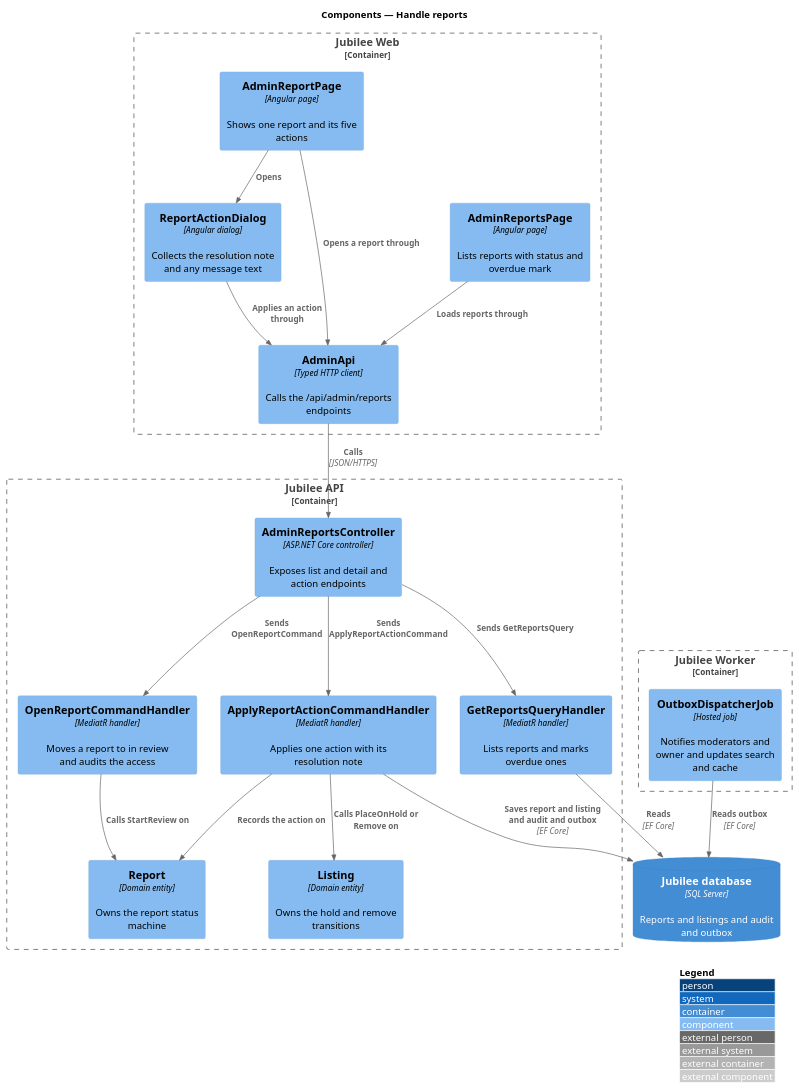
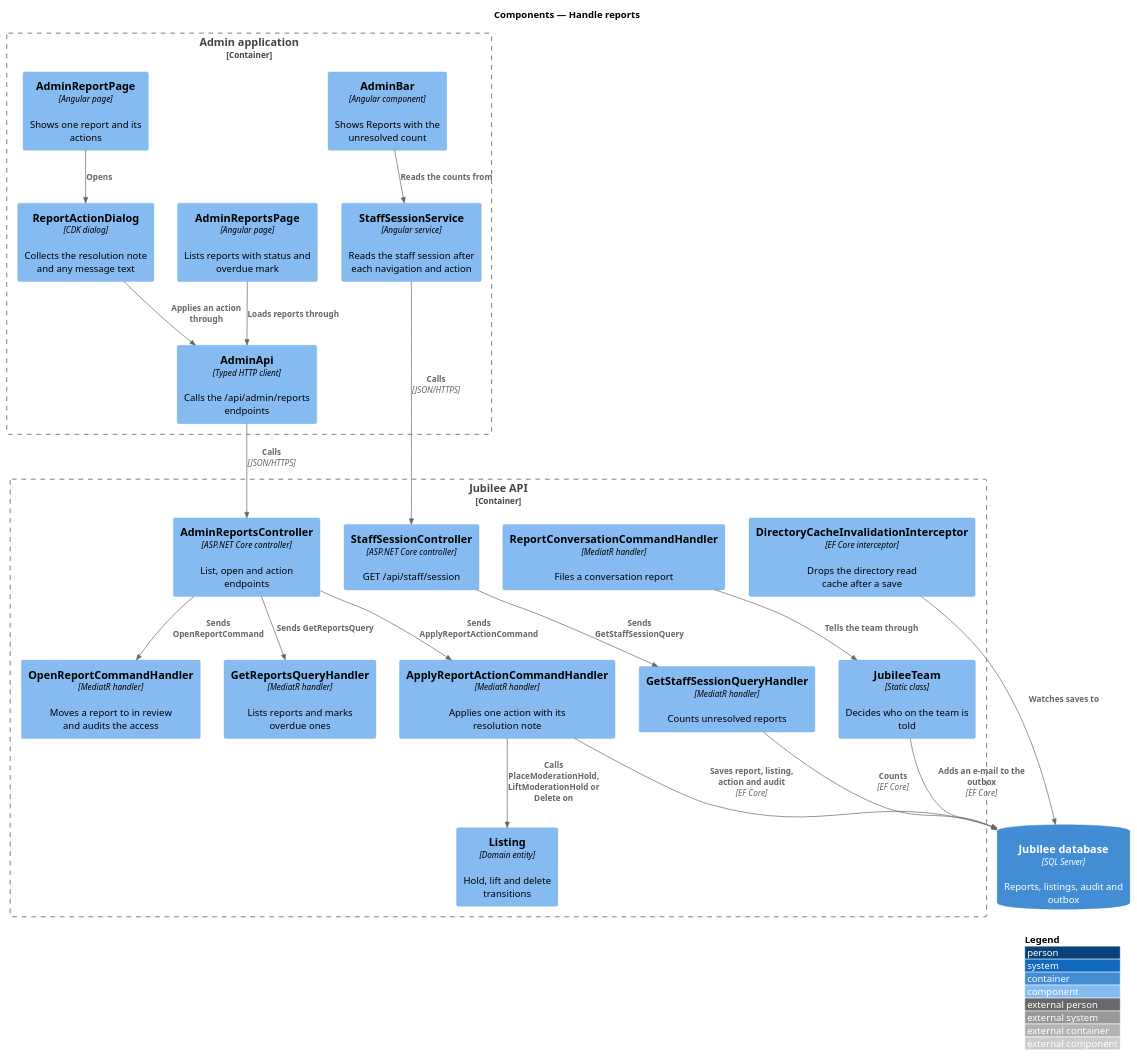
One commit to QuinntyneBrown/jubilee changed the diagram in docs/detailed-designs/moderation/handle-reports/diagrams/c4-component.puml. Above: the diagram before and after it, drawn with PlantUML. The commit also changed 27 other files, not shown here.

First line of the commit message:
Journey 25: requirements, ADR 0058 and designs for the report notice, the admin bar count and the public bound

```diff
--- a/docs/detailed-designs/moderation/handle-reports/diagrams/c4-component.puml
+++ b/docs/detailed-designs/moderation/handle-reports/diagrams/c4-component.puml
@@ -1,38 +1,43 @@
 @startuml
 !include <C4/C4_Component>
 LAYOUT_WITH_LEGEND()
 title Components — Handle reports
-Container_Boundary(web, "Jubilee Web") {
+Container_Boundary(web, "Admin application") {
+  Component(bar, "AdminBar", "Angular component", "Shows Reports with the unresolved count")
+  Component(session, "StaffSessionService", "Angular service", "Reads the staff session after each navigation and action")
   Component(list, "AdminReportsPage", "Angular page", "Lists reports with status and overdue mark")
-  Component(detail, "AdminReportPage", "Angular page", "Shows one report and its five actions")
-  Component(dialog, "ReportActionDialog", "Angular dialog", "Collects the resolution note and any message text")
+  Component(detail, "AdminReportPage", "Angular page", "Shows one report and its actions")
+  Component(dialog, "ReportActionDialog", "CDK dialog", "Collects the resolution note and any message text")
   Component(client, "AdminApi", "Typed HTTP client", "Calls the /api/admin/reports endpoints")
 }
 Container_Boundary(api, "Jubilee API") {
-  Component(ctrl, "AdminReportsController", "ASP.NET Core controller", "Exposes list and detail and action endpoints")
+  Component(ctrl, "AdminReportsController", "ASP.NET Core controller", "List, open and action endpoints")
+  Component(sctrl, "StaffSessionController", "ASP.NET Core controller", "GET /api/staff/session")
+  Component(sh, "GetStaffSessionQueryHandler", "MediatR handler", "Counts unresolved reports")
+  Component(rh, "ReportConversationCommandHandler", "MediatR handler", "Files a conversation report")
+  Component(team, "JubileeTeam", "Static class", "Decides who on the team is told")
   Component(lh, "GetReportsQueryHandler", "MediatR handler", "Lists reports and marks overdue ones")
   Component(oh, "OpenReportCommandHandler", "MediatR handler", "Moves a report to in review and audits the access")
   Component(ah, "ApplyReportActionCommandHandler", "MediatR handler", "Applies one action with its resolution note")
-  Component(report, "Report", "Domain entity", "Owns the report status machine")
-  Component(listing, "Listing", "Domain entity", "Owns the hold and remove transitions")
+  Component(listing, "Listing", "Domain entity", "Hold, lift and delete transitions")
+  Component(icpt, "DirectoryCacheInvalidationInterceptor", "EF Core interceptor", "Drops the directory read cache after a save")
 }
-Container_Boundary(worker, "Jubilee Worker") {
-  Component(outbox, "OutboxDispatcherJob", "Hosted job", "Notifies moderators and owner and updates search and cache")
-}
-ContainerDb(db, "Jubilee database", "SQL Server", "Reports and listings and audit and outbox")
+ContainerDb(db, "Jubilee database", "SQL Server", "Reports, listings, audit and outbox")
 
+Rel(bar, session, "Reads the counts from")
+Rel(session, sctrl, "Calls", "JSON/HTTPS")
+Rel(sctrl, sh, "Sends GetStaffSessionQuery")
 Rel(list, client, "Loads reports through")
-Rel(detail, client, "Opens a report through")
 Rel(detail, dialog, "Opens")
 Rel(dialog, client, "Applies an action through")
 Rel(client, ctrl, "Calls", "JSON/HTTPS")
 Rel(ctrl, lh, "Sends GetReportsQuery")
 Rel(ctrl, oh, "Sends OpenReportCommand")
 Rel(ctrl, ah, "Sends ApplyReportActionCommand")
-Rel(oh, report, "Calls StartReview on")
-Rel(ah, report, "Records the action on")
-Rel(ah, listing, "Calls PlaceOnHold or Remove on")
-Rel(lh, db, "Reads", "EF Core")
-Rel(ah, db, "Saves report and listing and audit and outbox", "EF Core")
-Rel(outbox, db, "Reads outbox", "EF Core")
+Rel(rh, team, "Tells the team through")
+Rel(team, db, "Adds an e-mail to the outbox", "EF Core")
+Rel(ah, listing, "Calls PlaceModerationHold, LiftModerationHold or Delete on")
+Rel(ah, db, "Saves report, listing, action and audit", "EF Core")
+Rel(icpt, db, "Watches saves to")
+Rel(sh, db, "Counts", "EF Core")
 @enduml
```
